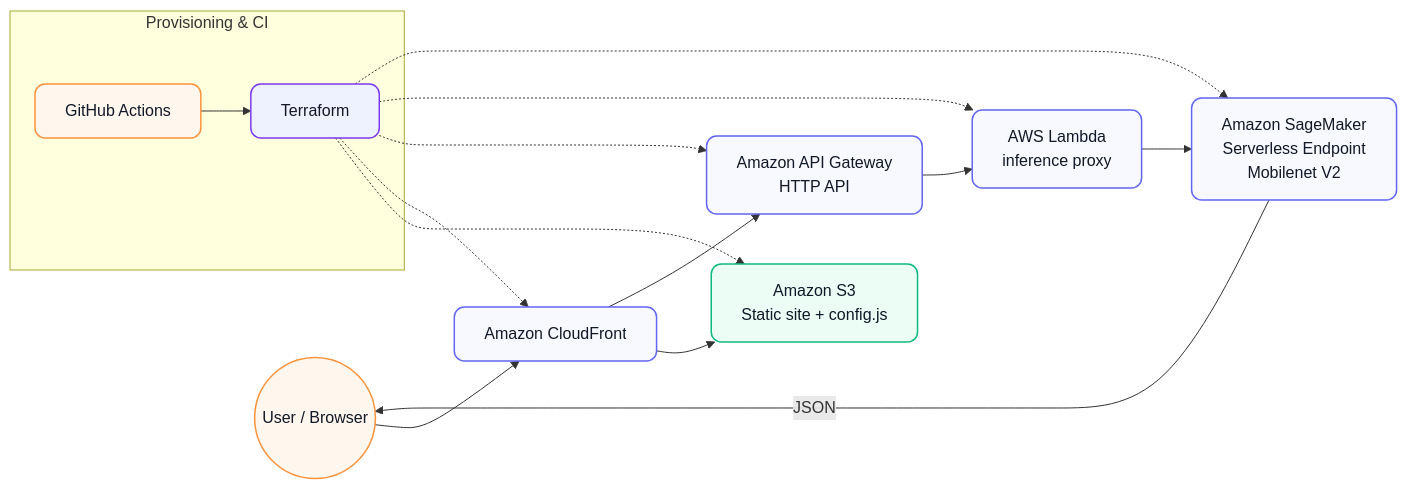
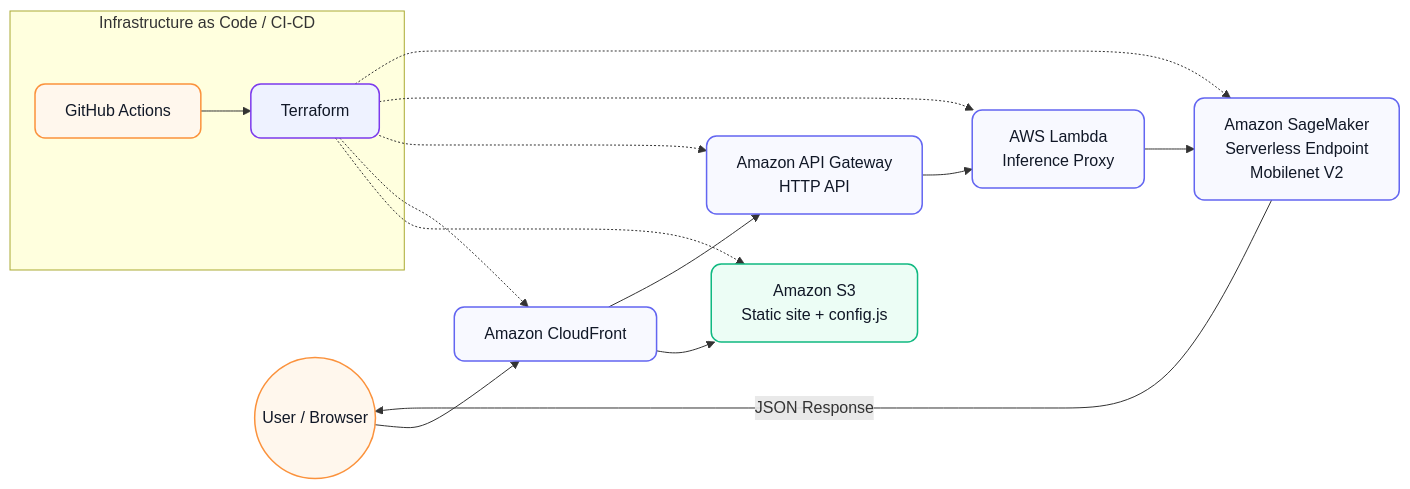
Before and after one commit to rusets/ml-sagemaker-serverless: the diagram in README.md, drawn with Mermaid. The commit also changed other lines of this file, not shown here.

Commit message:
Update README: corrected architecture diagram and folder structure

````diff
--- a/README.md
+++ b/README.md
@@ -51,28 +20,28 @@
 ```mermaid
 flowchart LR
-  %% STYLE
+  %% Node styles
   classDef svc fill:#f8f9ff,stroke:#6366f1,stroke-width:1.5,rx:10,ry:10,color:#111827
   classDef ext fill:#fff7ed,stroke:#fb923c,stroke-width:1.5,rx:10,ry:10,color:#111827
   classDef iac fill:#eef2ff,stroke:#7c3aed,stroke-width:1.5,rx:10,ry:10,color:#111827
   classDef data fill:#ecfdf5,stroke:#10b981,stroke-width:1.5,rx:10,ry:10,color:#111827
 
-  %% USER / FRONTEND
+  %% Frontend
   user((User / Browser)):::ext --> cf["Amazon CloudFront"]:::svc
   cf --> s3["Amazon S3<br/>Static site + config.js"]:::data
 
-  %% API LAYER
+  %% API Layer
   cf --> apigw["Amazon API Gateway<br/>HTTP API"]:::svc
-  apigw --> lam["AWS Lambda<br/>inference proxy"]:::svc
+  apigw --> lam["AWS Lambda<br/>Inference Proxy"]:::svc
   lam --> sm["Amazon SageMaker<br/>Serverless Endpoint<br/>Mobilenet V2"]:::svc
-  sm -->|JSON| user
+  sm -->|JSON Response| user
 
-  %% CI/CD + IaC
-  subgraph Provisioning & CI
+  %% IaC & CI/CD
+  subgraph IaC_CICD [Infrastructure as Code / CI-CD]
     gh["GitHub Actions"]:::ext --> tf["Terraform"]:::iac
   end
   tf -.-> s3
   tf -.-> cf
   tf -.-> apigw
   tf -.-> lam
   tf -.-> sm
 ```
````
